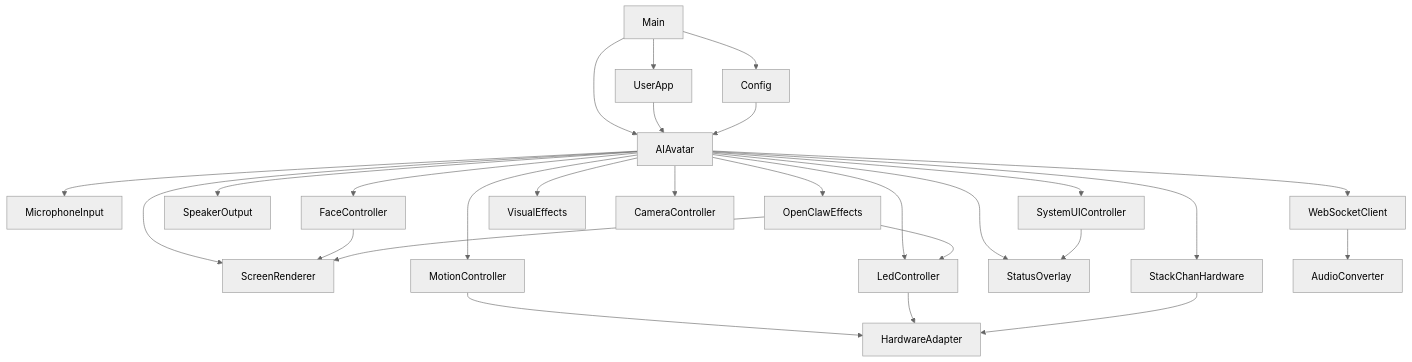
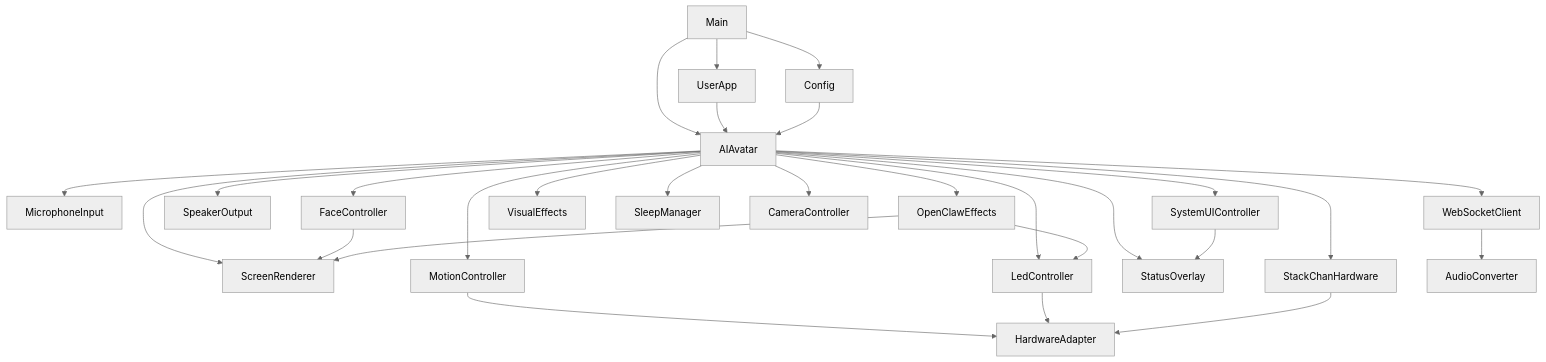
Before and after one commit to Beko6648/AIAvatarStackChan: the diagram in README.md, drawn with Mermaid (neutral theme). The commit also changed other lines of this file and 10 other files, not shown here.

````diff
--- a/README.md
+++ b/README.md
@@ -315,48 +418,50 @@
 ```mermaid
 graph TD;
     MAIN[Main];
     CONFIG[Config];
     AVATAR[AIAvatar];
     USERAPP[UserApp];
     MIC[MicrophoneInput];
     WS[WebSocketClient];
     SPEAKER[SpeakerOutput];
     DISPLAY[ScreenRenderer];
     FACE[FaceController];
     MOTION[MotionController];
     LED[LedController];
     UI[SystemUIController];
     STATUS[StatusOverlay];
     EFFECTS[VisualEffects];
+    SLEEP[SleepManager];
     CAMERA[CameraController];
     OPENCLAW[OpenClawEffects];
     STACKCHAN[StackChanHardware];
     CONVERTER[AudioConverter];
     HARDWARE[HardwareAdapter];
     MAIN --> CONFIG;
     MAIN --> AVATAR;
     MAIN --> USERAPP;
     USERAPP --> AVATAR;
     CONFIG --> AVATAR;
     AVATAR --> MIC;
     AVATAR --> WS;
     AVATAR --> SPEAKER;
     AVATAR --> DISPLAY;
     AVATAR --> FACE;
     AVATAR --> MOTION;
     AVATAR --> LED;
     AVATAR --> UI;
     AVATAR --> STATUS;
     AVATAR --> EFFECTS;
+    AVATAR --> SLEEP;
     AVATAR --> CAMERA;
     AVATAR --> OPENCLAW;
     AVATAR --> STACKCHAN;
     WS --> CONVERTER;
     FACE --> DISPLAY;
     MOTION --> HARDWARE;
     LED --> HARDWARE;
     STACKCHAN --> HARDWARE;
     UI --> STATUS;
     OPENCLAW --> LED;
     OPENCLAW --> DISPLAY;
 ```
````
